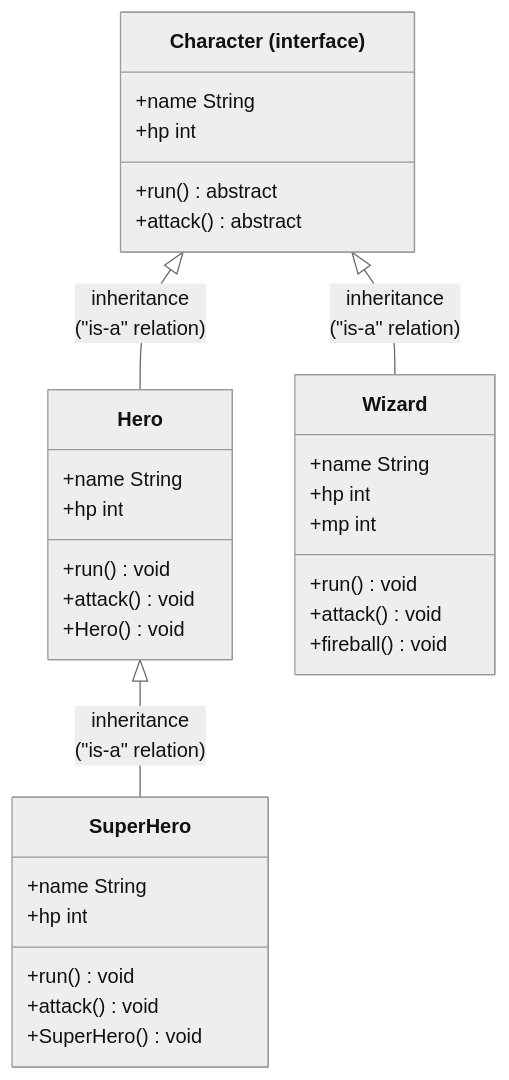
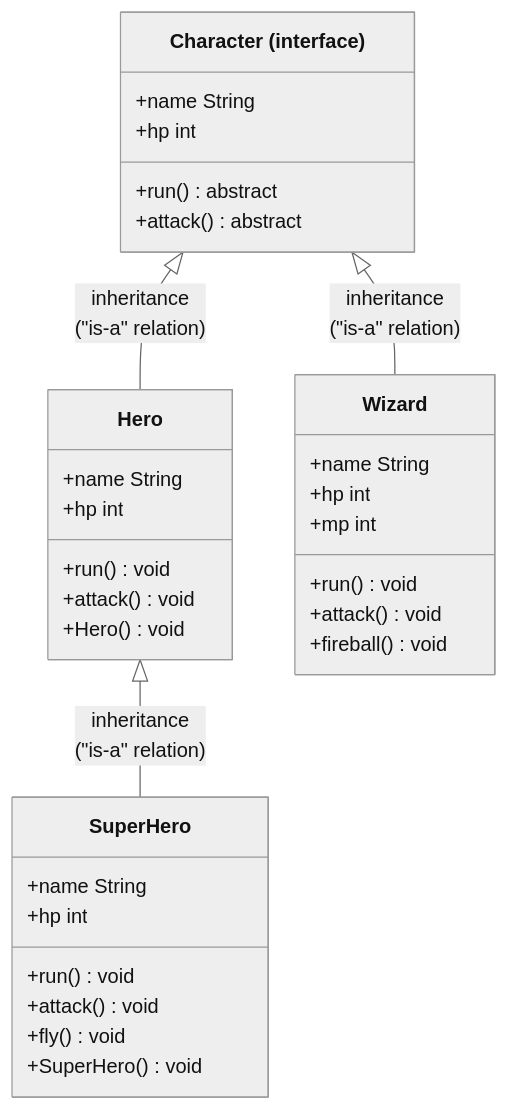
The first of 2 diagrams in chapter6/Class.md (naorex/Sukkiri_Java_beginner), drawn with Mermaid (neutral theme) before and after one commit. The commit also changed 3 other files, not shown here.

````diff
--- a/chapter6/Class.md
+++ b/chapter6/Class.md
@@ -1,39 +1,40 @@
 ```mermaid
 classDiagram
 
 class Character["Character (interface)"]{
     +name String
     +hp int
     +run() abstract
     +attack() abstract
 }
 
 class Hero{
     +name String
     +hp int
     +run() void
     +attack() void
     +Hero() void
 }
 
 class SuperHero{
     +name String
     +hp int
     +run() void
     +attack() void
+    +fly() void
     +SuperHero() void
 }
 
 class Wizard{
     +name String
     +hp int
     +mp int
     +run() void
     +attack() void
     +fireball() void
 }
 
 Character <|-- Hero : inheritance</br>("is-a" relation)
 Hero <|-- SuperHero : inheritance</br>("is-a" relation)
 Character <|-- Wizard : inheritance</br>("is-a" relation)
 ```
````
